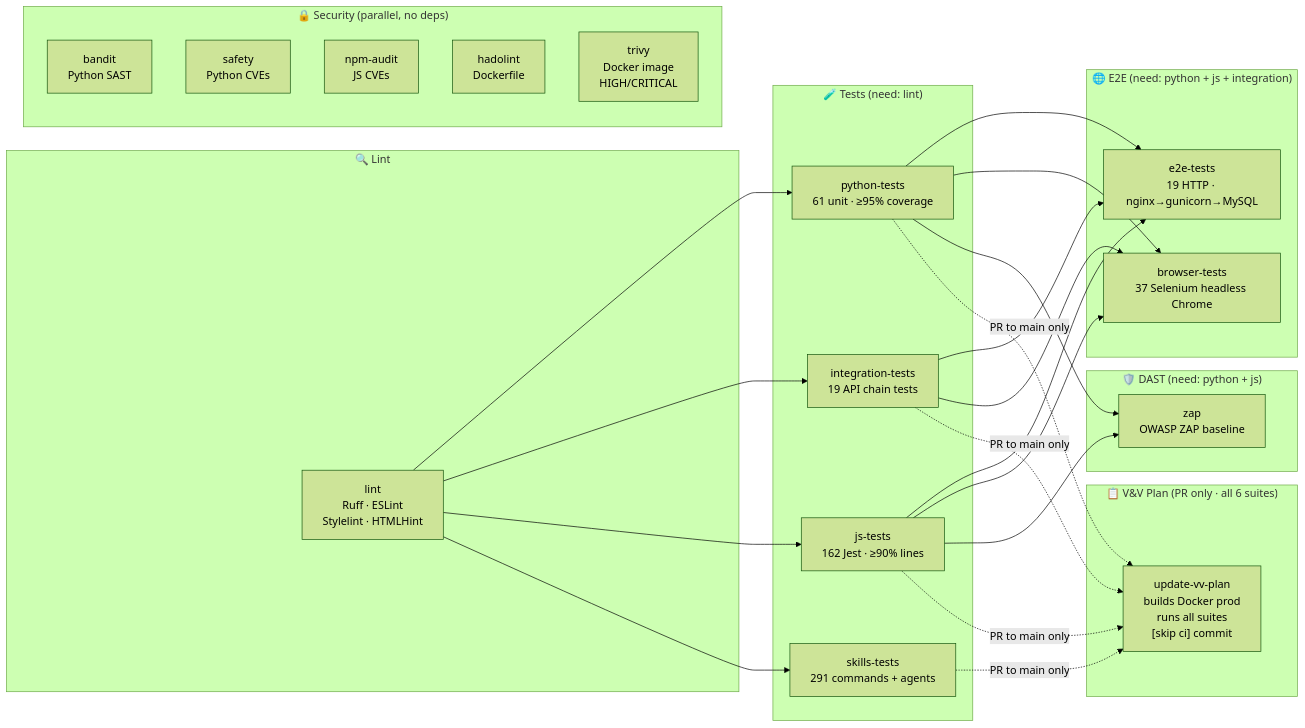
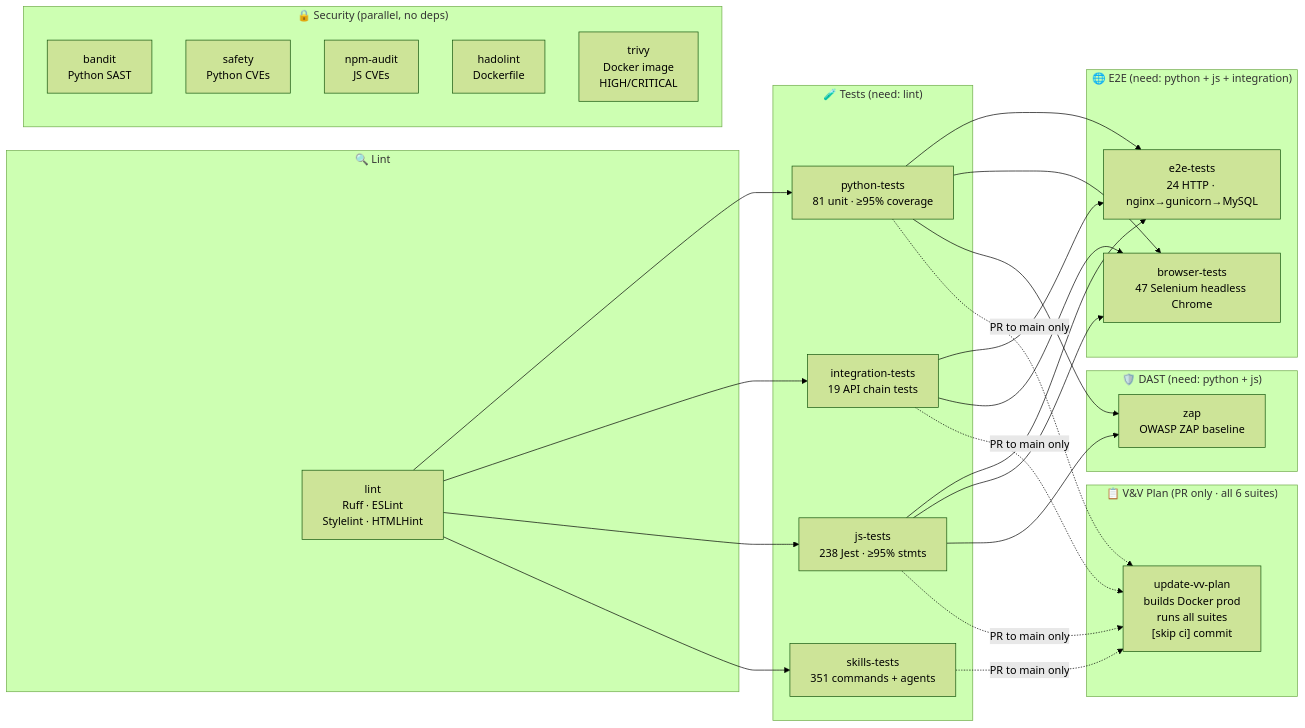
The sixth of 10 diagrams in docs/architecture.md (mgmarques/radiocalico), drawn with Mermaid (forest theme) before and after one commit. The commit also changed other lines of this file and 25 other files, not shown here.

First line of the commit message:
feat: 3 new skills, 2 rules, 4 agent updates, mock DB for offline tests (#14)

````diff
--- a/docs/architecture.md
+++ b/docs/architecture.md
@@ -319,51 +319,51 @@
 ```mermaid
 graph LR
     subgraph Lint["🔍 Lint"]
         lint["lint\nRuff · ESLint\nStylelint · HTMLHint"]
     end
 
     subgraph Tests["🧪 Tests (need: lint)"]
-        python["python-tests\n61 unit · ≥95% coverage"]
+        python["python-tests\n81 unit · ≥95% coverage"]
         integration["integration-tests\n19 API chain tests"]
-        js["js-tests\n162 Jest · ≥90% lines"]
-        skills["skills-tests\n291 commands + agents"]
+        js["js-tests\n238 Jest · ≥95% stmts"]
+        skills["skills-tests\n351 commands + agents"]
     end
 
     subgraph E2E["🌐 E2E (need: python + js + integration)"]
-        e2e["e2e-tests\n19 HTTP · nginx→gunicorn→MySQL"]
-        browser["browser-tests\n37 Selenium headless Chrome"]
+        e2e["e2e-tests\n24 HTTP · nginx→gunicorn→MySQL"]
+        browser["browser-tests\n47 Selenium headless Chrome"]
     end
 
     subgraph DAST["🛡️ DAST (need: python + js)"]
         zap["zap\nOWASP ZAP baseline"]
     end
 
     subgraph Security["🔒 Security (parallel, no deps)"]
         bandit["bandit\nPython SAST"]
         safety["safety\nPython CVEs"]
         npm_audit["npm-audit\nJS CVEs"]
         hadolint["hadolint\nDockerfile"]
         trivy["trivy\nDocker image\nHIGH/CRITICAL"]
     end
 
     subgraph VVPlan["📋 V&V Plan (PR only · all 6 suites)"]
         vv["update-vv-plan\nbuilds Docker prod\nruns all suites\n[skip ci] commit"]
     end
 
     lint --> python
     lint --> integration
     lint --> js
     lint --> skills
     python --> e2e
     js --> e2e
     integration --> e2e
     python --> browser
     js --> browser
     integration --> browser
     python --> zap
     js --> zap
     python -.->|"PR to main only"| vv
     js -.->|"PR to main only"| vv
     integration -.->|"PR to main only"| vv
     skills -.->|"PR to main only"| vv
 ```
````
